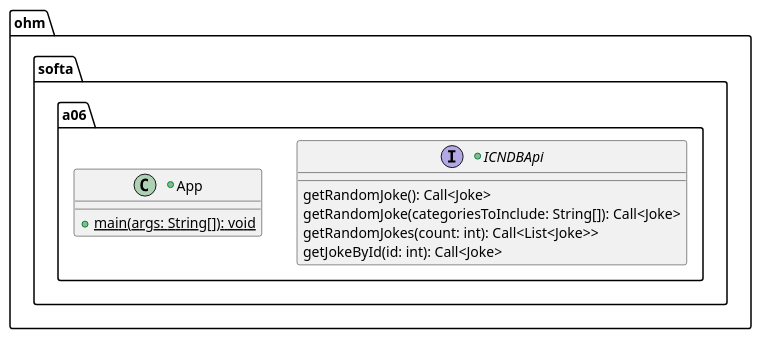
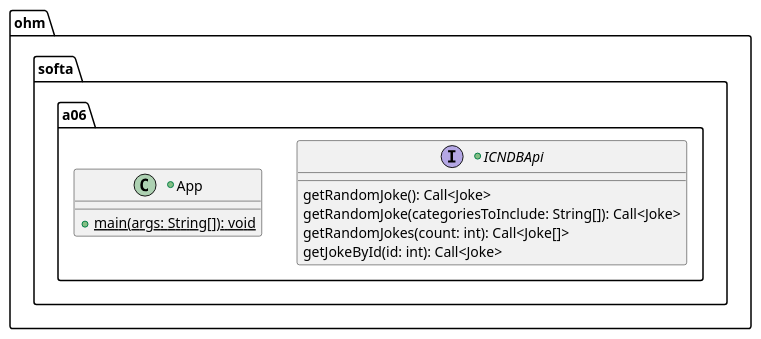
Before and after one commit to studium-nicog/softa-06-annotations-reflection: the diagram in assets/uml/retrofit-spec.plantuml, drawn with PlantUML.

Commit message:
ICNDBApi's getRandomJokes should return a joke-array instead of a list of jokes - adjusted the uml

```diff
--- a/assets/uml/retrofit-spec.plantuml
+++ b/assets/uml/retrofit-spec.plantuml
@@ -1,17 +1,17 @@
 @startuml RetrofitAdapter
 
 package ohm.softa.a06 {
 
     +interface ICNDBApi {
         getRandomJoke(): Call<Joke>
         getRandomJoke(categoriesToInclude: String[]): Call<Joke>
-        getRandomJokes(count: int): Call<List<Joke>>
+        getRandomJokes(count: int): Call<Joke[]>
         getJokeById(id: int): Call<Joke>
     }
 
     +class App {
         +{static} main(args: String[]): void
     }
 }
 
 @enduml
```
